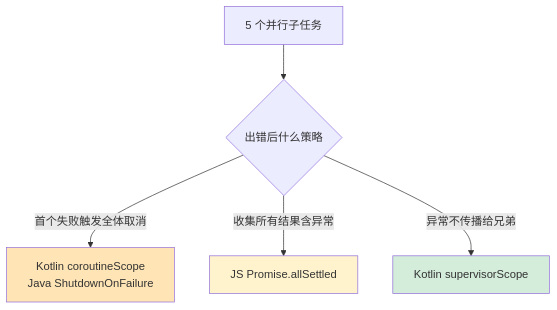
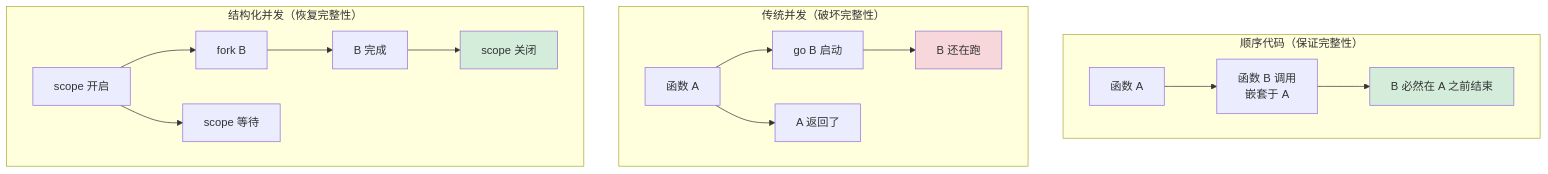
Before and after one commit to chongyang211/YCBookBlog: the fourth of 7 diagrams in 00.通用技术的提升/02.程序编程原理/03.第3卷并发之道/3.18.结构化并发设计思想.md, drawn with Mermaid. The commit also changed other lines of this file and 45 other files, not shown here.

````diff
--- a/00.通用技术的提升/02.程序编程原理/03.第3卷并发之道/3.18.结构化并发设计思想.md
+++ b/00.通用技术的提升/02.程序编程原理/03.第3卷并发之道/3.18.结构化并发设计思想.md
@@ -445,10 +537,24 @@
 ```mermaid
 flowchart TB
-    A[5 个并行子任务] --> B{出错后什么策略}
-    B -->|首个失败触发全体取消| C1[Kotlin coroutineScope<br/>Java ShutdownOnFailure]
-    B -->|收集所有结果含异常| C2[JS Promise.allSettled]
-    B -->|异常不传播给兄弟| C3[Kotlin supervisorScope]
-    style C1 fill:#ffe4b5
-    style C2 fill:#fff3cd
-    style C3 fill:#d4edda
+    subgraph SEQ["顺序代码（保证完整性）"]
+        S1[函数 A] --> S2[函数 B 调用<br/>嵌套于 A]
+        S2 --> S3[B 必然在 A 之前结束]
+    end
+    
+    subgraph TRAD["传统并发（破坏完整性）"]
+        T1[函数 A] --> T2[go B 启动]
+        T1 --> T3[A 返回了]
+        T2 --> T4[B 还在跑]
+    end
+    
+    subgraph STRUCT["结构化并发（恢复完整性）"]
+        ST1[scope 开启] --> ST2[fork B]
+        ST1 --> ST3[scope 等待]
+        ST2 --> ST4[B 完成]
+        ST4 --> ST5[scope 关闭]
+    end
+    
+    style S3 fill:#d4edda
+    style T4 fill:#f8d7da
+    style ST5 fill:#d4edda
 ```
````
